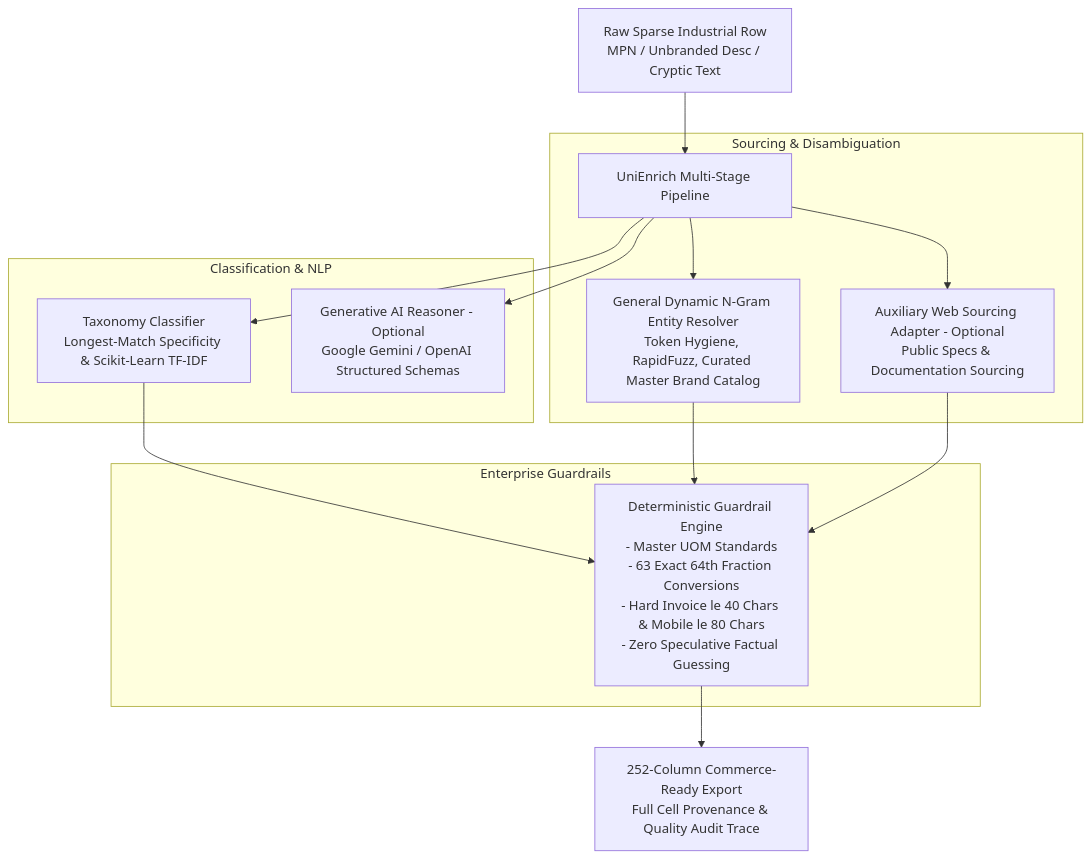
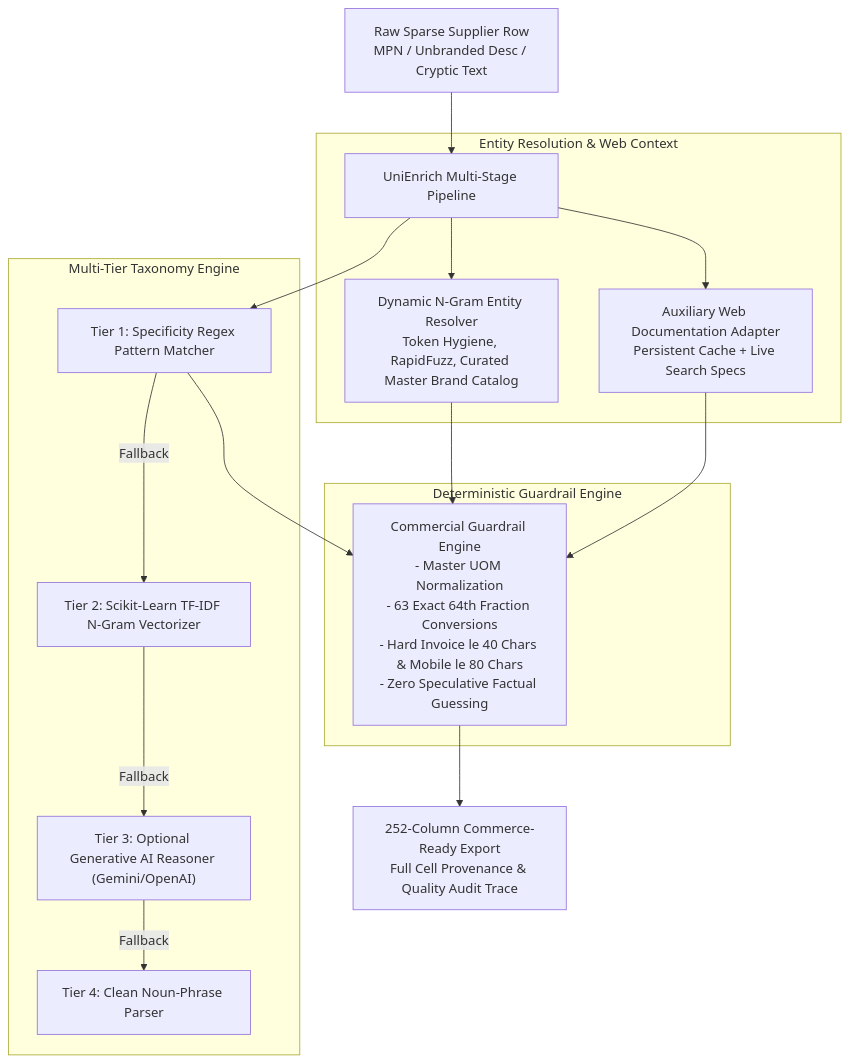
The diagram in README.md (aarushipujari/UniEnrich), drawn with Mermaid before and after one commit. The commit also changed other lines of this file, not shown here.

Commit message:
docs: Reframe README with transparent architecture and honest two-tier benchmark methodology

````diff
--- a/README.md
+++ b/README.md
@@ -9,22 +9,24 @@
 ```mermaid
 flowchart TD
-    Raw["Raw Sparse Industrial Row<br/>MPN / Unbranded Desc / Cryptic Text"] --> Hybrid["UniEnrich Multi-Stage Pipeline"]
+    Raw["Raw Sparse Supplier Row<br/>MPN / Unbranded Desc / Cryptic Text"] --> Hybrid["UniEnrich Multi-Stage Pipeline"]
     
-    subgraph Sourcing["Sourcing & Disambiguation"]
-        Hybrid --> Web["Auxiliary Web Sourcing Adapter - Optional<br/>Public Specs & Documentation Sourcing"]
-        Hybrid --> Brand["General Dynamic N-Gram Entity Resolver<br/>Token Hygiene, RapidFuzz, Curated Master Brand Catalog"]
+    subgraph Sourcing["Entity Resolution & Web Context"]
+        Hybrid --> Brand["Dynamic N-Gram Entity Resolver<br/>Token Hygiene, RapidFuzz, Curated Master Brand Catalog"]
+        Hybrid --> Web["Auxiliary Web Documentation Adapter<br/>Persistent Cache + Live Search Specs"]
     end
     
-    subgraph NLP["Classification & NLP"]
-        Hybrid --> Tax["Taxonomy Classifier<br/>Longest-Match Specificity & Scikit-Learn TF-IDF"]
-        Hybrid --> LLM["Generative AI Reasoner - Optional<br/>Google Gemini / OpenAI Structured Schemas"]
+    subgraph Classification["Multi-Tier Taxonomy Engine"]
+        Hybrid --> Tier1["Tier 1: Specificity Regex Pattern Matcher"]
+        Tier1 -->|Fallback| Tier2["Tier 2: Scikit-Learn TF-IDF N-Gram Vectorizer"]
+        Tier2 -->|Fallback| Tier3["Tier 3: Optional Generative AI Reasoner (Gemini/OpenAI)"]
+        Tier3 -->|Fallback| Tier4["Tier 4: Clean Noun-Phrase Parser"]
     end
     
-    subgraph GuardrailsArea["Enterprise Guardrails"]
-        Tax --> Guardrails["Deterministic Guardrail Engine<br/>- Master UOM Standards<br/>- 63 Exact 64th Fraction Conversions<br/>- Hard Invoice le 40 Chars & Mobile le 80 Chars<br/>- Zero Speculative Factual Guessing"]
+    subgraph GuardrailsArea["Deterministic Guardrail Engine"]
+        Tier1 --> Guardrails["Commercial Guardrail Engine<br/>- Master UOM Normalization<br/>- 63 Exact 64th Fraction Conversions<br/>- Hard Invoice le 40 Chars & Mobile le 80 Chars<br/>- Zero Speculative Factual Guessing"]
         Brand --> Guardrails
         Web --> Guardrails
     end
     
     Guardrails --> Output["252-Column Commerce-Ready Export<br/>Full Cell Provenance & Quality Audit Trace"]
 ```
````
